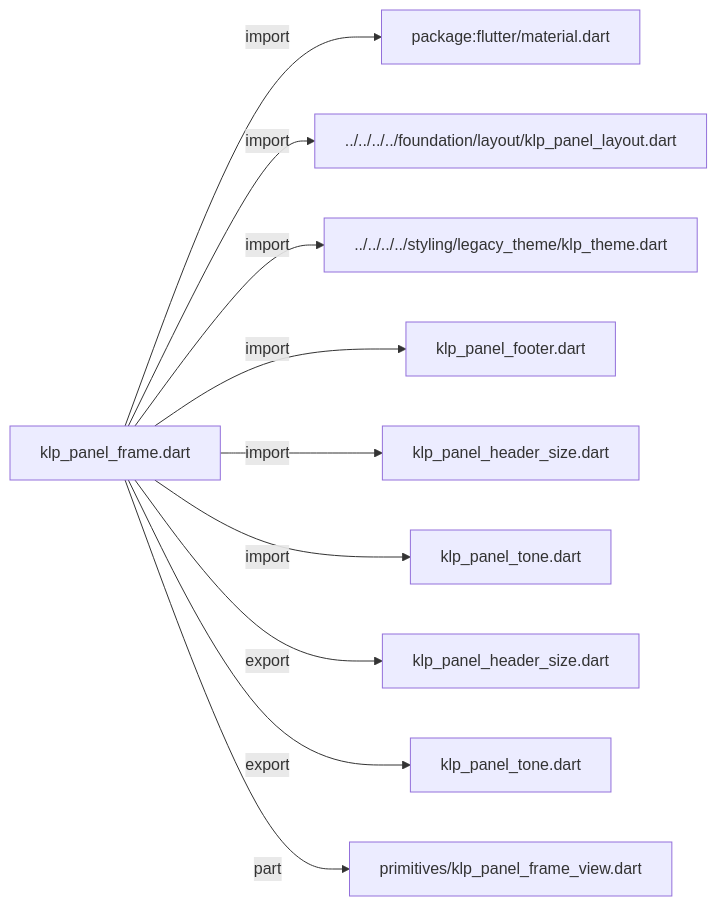
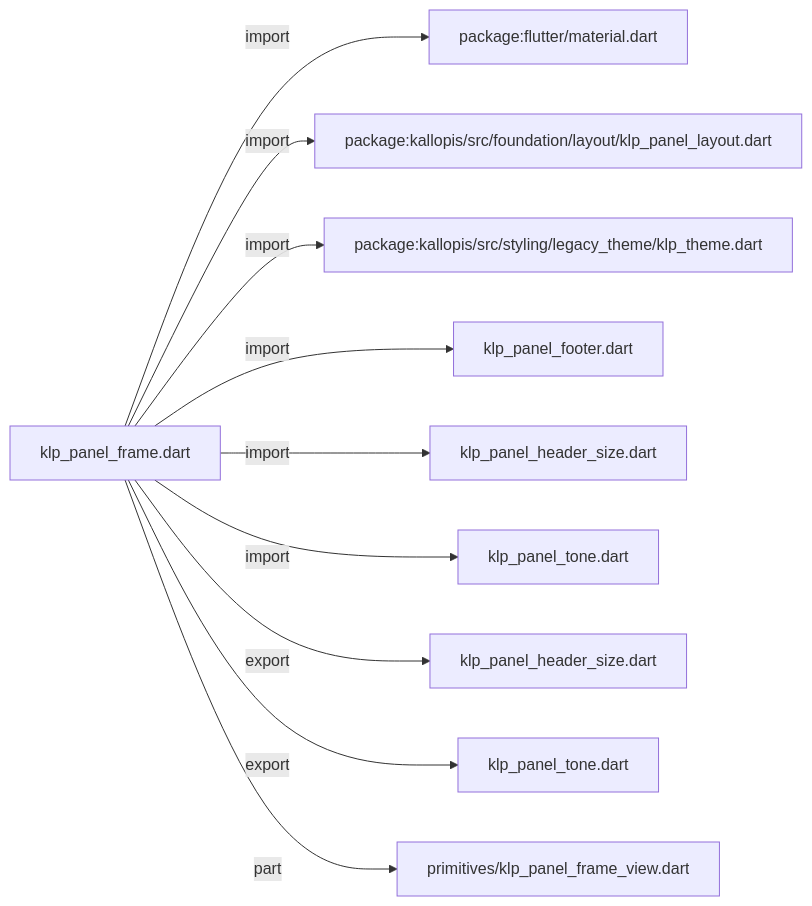
One commit to MiuDog/Kallopis changed the first of 3 diagrams in docs/architecture/src/features/workspace/shell/panel/klp_panel_frame.md. Above: the diagram before and after it, drawn with Mermaid. The commit also changed other lines of this file and 9688 other files, not shown here.

Commit message:
Prepare isolated Flow F2 peer baseline

````diff
--- a/docs/architecture/src/features/workspace/shell/panel/klp_panel_frame.md
+++ b/docs/architecture/src/features/workspace/shell/panel/klp_panel_frame.md
@@ -11,22 +11,22 @@
 ```mermaid
 flowchart LR
 	n0["klp_panel_frame.dart"]
 	n1["package:flutter/material.dart"]
-	n2["../../../../foundation/layout/klp_panel_layout.dart"]
-	n3["../../../../styling/legacy_theme/klp_theme.dart"]
+	n2["package:kallopis/src/foundation/layout/klp_panel_layout.dart"]
+	n3["package:kallopis/src/styling/legacy_theme/klp_theme.dart"]
 	n4["klp_panel_footer.dart"]
 	n5["klp_panel_header_size.dart"]
 	n6["klp_panel_tone.dart"]
 	n7["klp_panel_header_size.dart"]
 	n8["klp_panel_tone.dart"]
 	n9["primitives/klp_panel_frame_view.dart"]
 	n0 -->|"import"| n1
 	n0 -->|"import"| n2
 	n0 -->|"import"| n3
 	n0 -->|"import"| n4
 	n0 -->|"import"| n5
 	n0 -->|"import"| n6
 	n0 -->|"export"| n7
 	n0 -->|"export"| n8
 	n0 -->|"part"| n9
 ```
````
